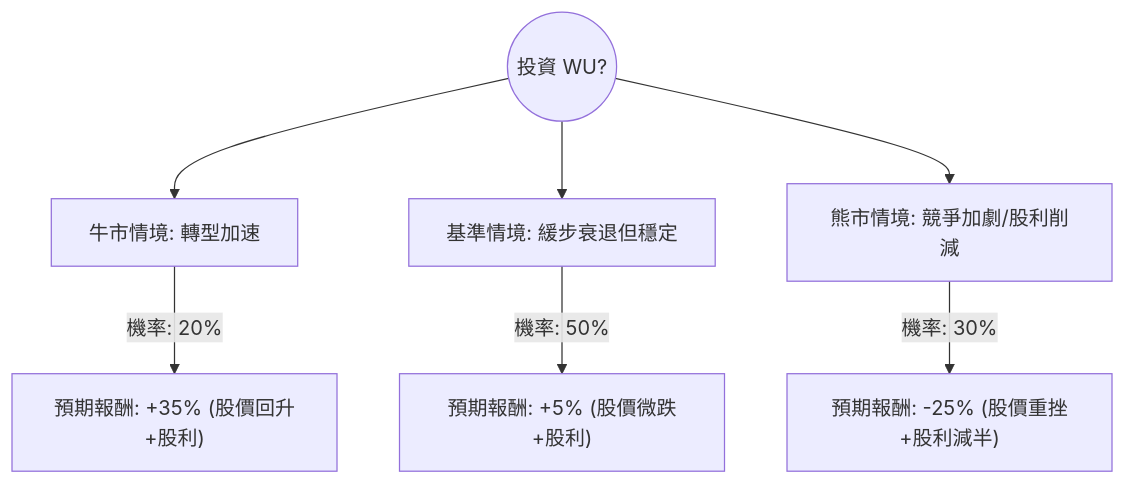
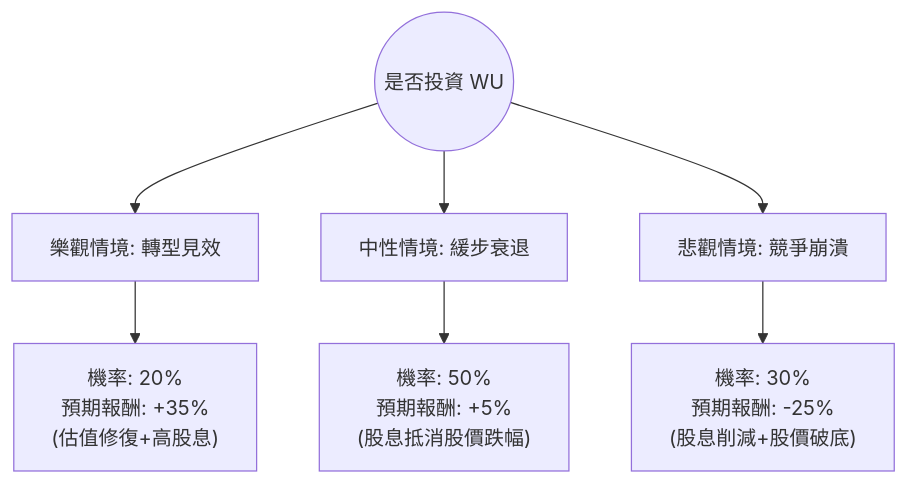
The diagram in plugin-react/ai-analysis/ev-analysis/WU.md (zmcx16/zmcx16.github.io), drawn with Mermaid before and after one commit. The commit also changed other lines of this file and 85 other files, not shown here.

````diff
--- a/plugin-react/ai-analysis/ev-analysis/WU.md
+++ b/plugin-react/ai-analysis/ev-analysis/WU.md
@@ -20,10 +22,10 @@
 ```mermaid
 graph TD
-    Start((投資 WU?)) --> Bull[牛市情境: 轉型加速]
-    Start --> Base[基準情境: 緩步衰退但穩定]
-    Start --> Bear[熊市情境: 競爭加劇/股利削減]
+    Start((是否投資 WU)) --> Bull[樂觀情境: 轉型見效]
+    Start --> Base[中性情境: 緩步衰退]
+    Start --> Bear[悲觀情境: 競爭崩潰]
 
-    Bull -- "機率: 20%" --> BullVal["預期報酬: +35% (股價回升+股利)"]
-    Base -- "機率: 50%" --> BaseVal["預期報酬: +5% (股價微跌+股利)"]
-    Bear -- "機率: 30%" --> BearVal["預期報酬: -25% (股價重挫+股利減半)"]
+    Bull --> BullVal["機率: 20% <br/> 預期報酬: +35% <br/> (估值修復+高股息)"]
+    Base --> BaseVal["機率: 50% <br/> 預期報酬: +5% <br/> (股息抵消股價跌幅)"]
+    Bear --> BearVal["機率: 30% <br/> 預期報酬: -25% <br/> (股息削減+股價破底)"]
 ```
````
